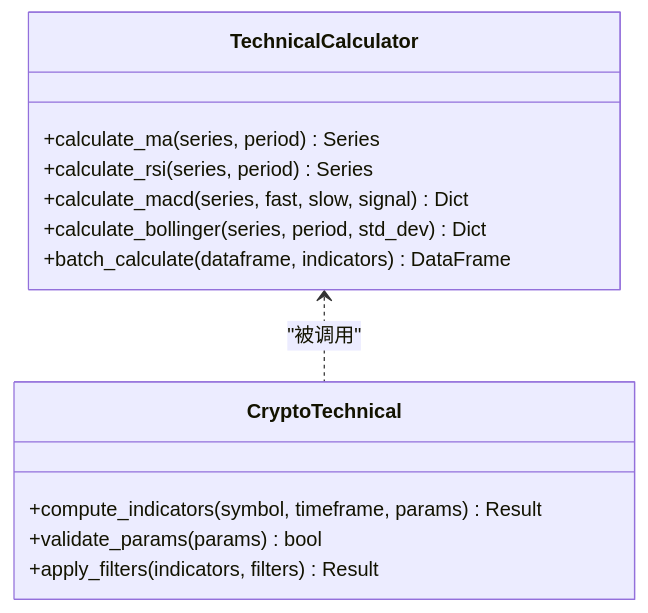
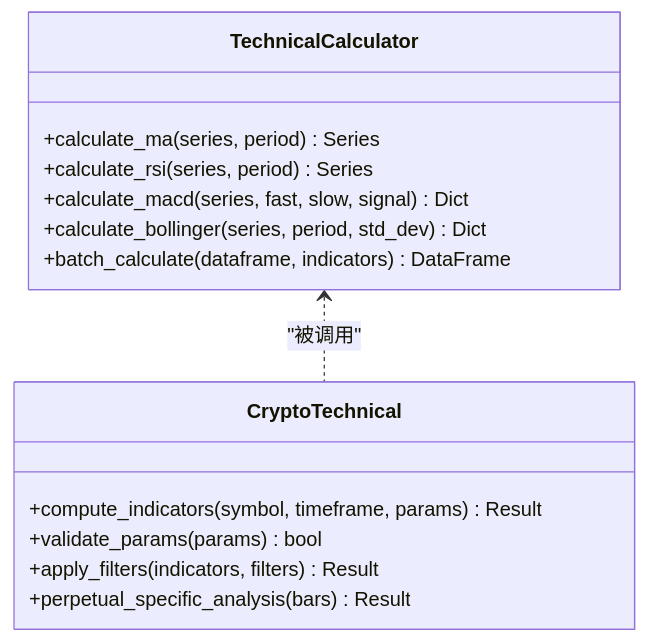
Before and after one commit to anYaoooo/daily_stock_analysis: the sixth of 12 diagrams in .qoder/repowiki/zh/content/API参考文档/加密货币交易API.md, drawn with Mermaid. The commit also changed other lines of this file and 29 other files, not shown here.

````diff
--- a/.qoder/repowiki/zh/content/API参考文档/加密货币交易API.md
+++ b/.qoder/repowiki/zh/content/API参考文档/加密货币交易API.md
@@ -168,16 +276,17 @@
 ```mermaid
 classDiagram
 class TechnicalCalculator {
 +calculate_ma(series, period) Series
 +calculate_rsi(series, period) Series
 +calculate_macd(series, fast, slow, signal) Dict
 +calculate_bollinger(series, period, std_dev) Dict
 +batch_calculate(dataframe, indicators) DataFrame
 }
 class CryptoTechnical {
 +compute_indicators(symbol, timeframe, params) Result
 +validate_params(params) bool
 +apply_filters(indicators, filters) Result
++perpetual_specific_analysis(bars) Result
 }
 TechnicalCalculator <.. CryptoTechnical : "被调用"
 ```
````
